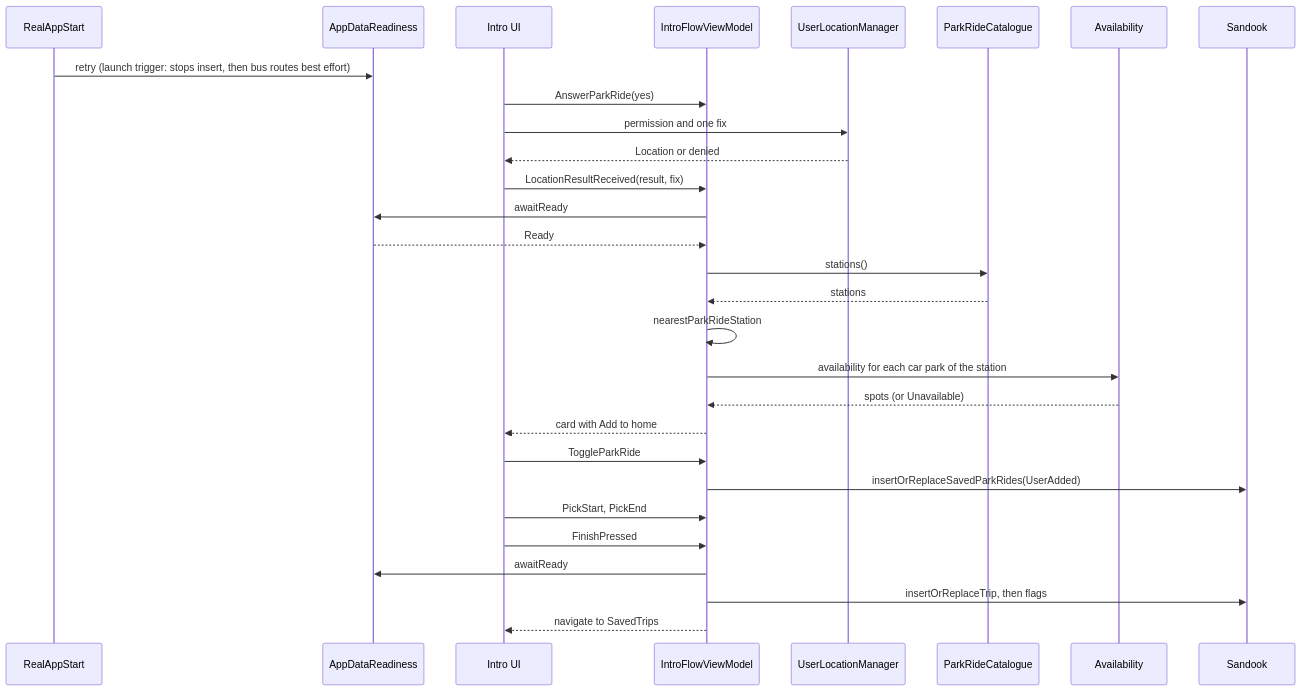
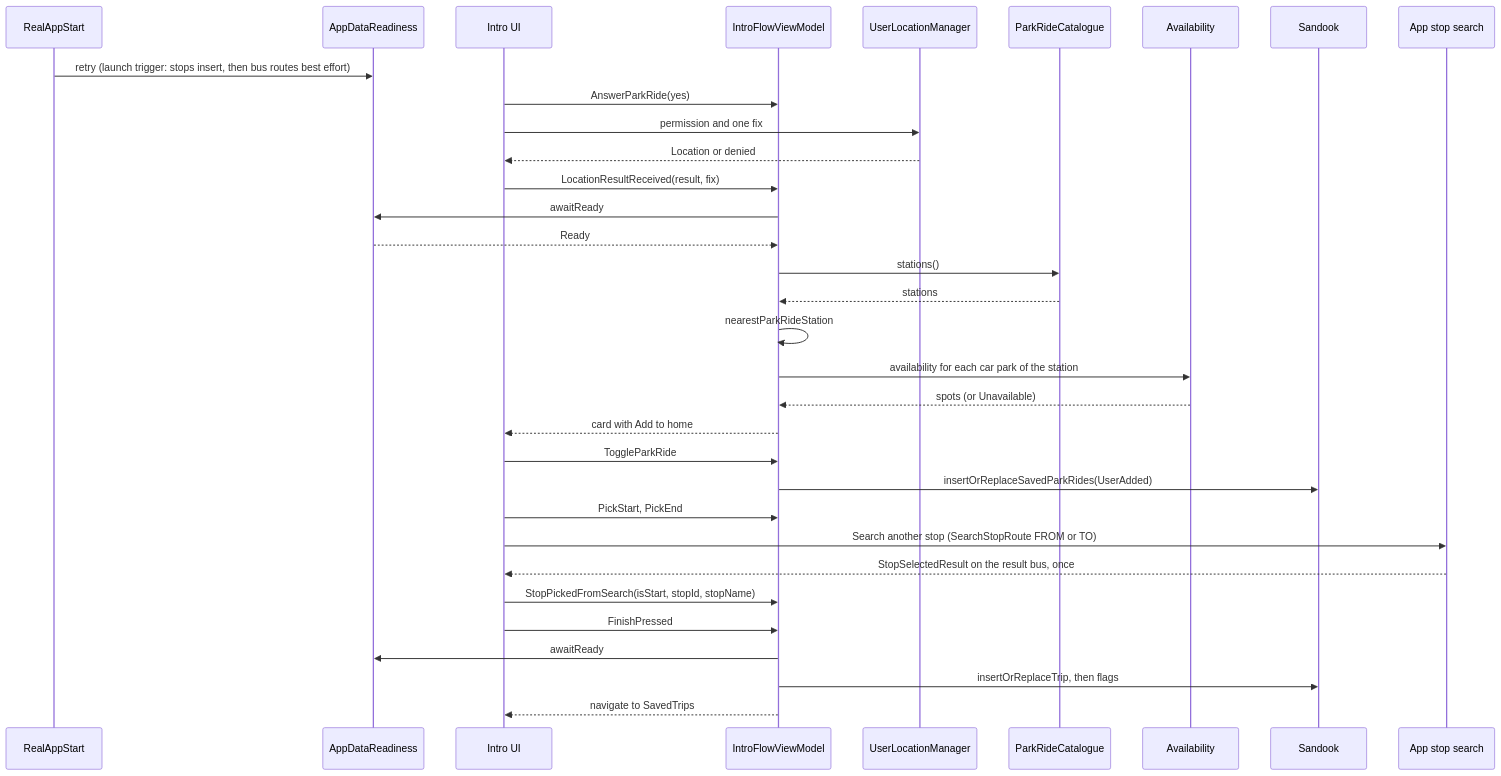
The second of 2 diagrams in docs/features/intro/ERD.md (ksharma-xyz/KRAIL), drawn with Mermaid before and after one commit. The commit also changed other lines of this file, not shown here.

First line of the commit message:
docs(intro): record the search hand-off flow, the Maestro finding and how the Intro was built

````diff
--- a/docs/features/intro/ERD.md
+++ b/docs/features/intro/ERD.md
@@ -315,31 +315,35 @@
 ```mermaid
 sequenceDiagram
     participant App as RealAppStart
     participant R as AppDataReadiness
     participant UI as Intro UI
     participant VM as IntroFlowViewModel
     participant L as UserLocationManager
     participant C as ParkRideCatalogue
     participant A as Availability
     participant DB as Sandook
+    participant S as App stop search
     App->>R: retry (launch trigger: stops insert, then bus routes best effort)
     UI->>VM: AnswerParkRide(yes)
     UI->>L: permission and one fix
     L-->>UI: Location or denied
     UI->>VM: LocationResultReceived(result, fix)
     VM->>R: awaitReady
     R-->>VM: Ready
     VM->>C: stations()
     C-->>VM: stations
     VM->>VM: nearestParkRideStation
     VM->>A: availability for each car park of the station
     A-->>VM: spots (or Unavailable)
     VM-->>UI: card with Add to home
     UI->>VM: ToggleParkRide
     VM->>DB: insertOrReplaceSavedParkRides(UserAdded)
     UI->>VM: PickStart, PickEnd
+    UI->>S: Search another stop (SearchStopRoute FROM or TO)
+    S-->>UI: StopSelectedResult on the result bus, once
+    UI->>VM: StopPickedFromSearch(isStart, stopId, stopName)
     UI->>VM: FinishPressed
     VM->>R: awaitReady
     VM->>DB: insertOrReplaceTrip, then flags
     VM-->>UI: navigate to SavedTrips
 ```
````
